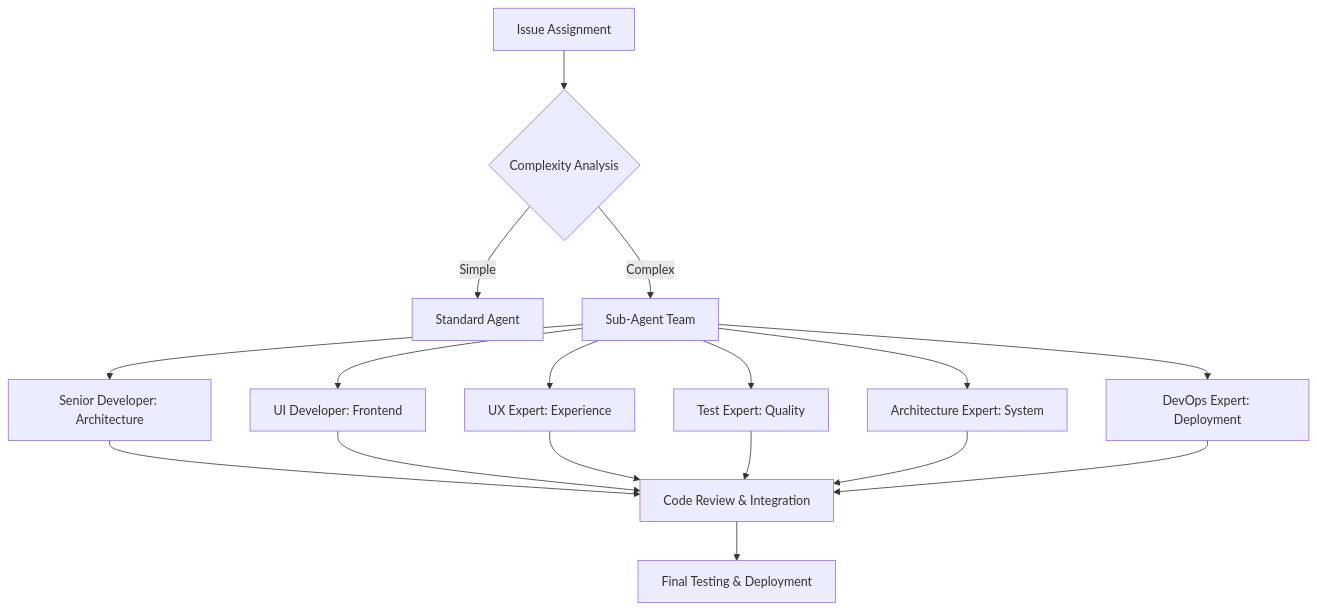
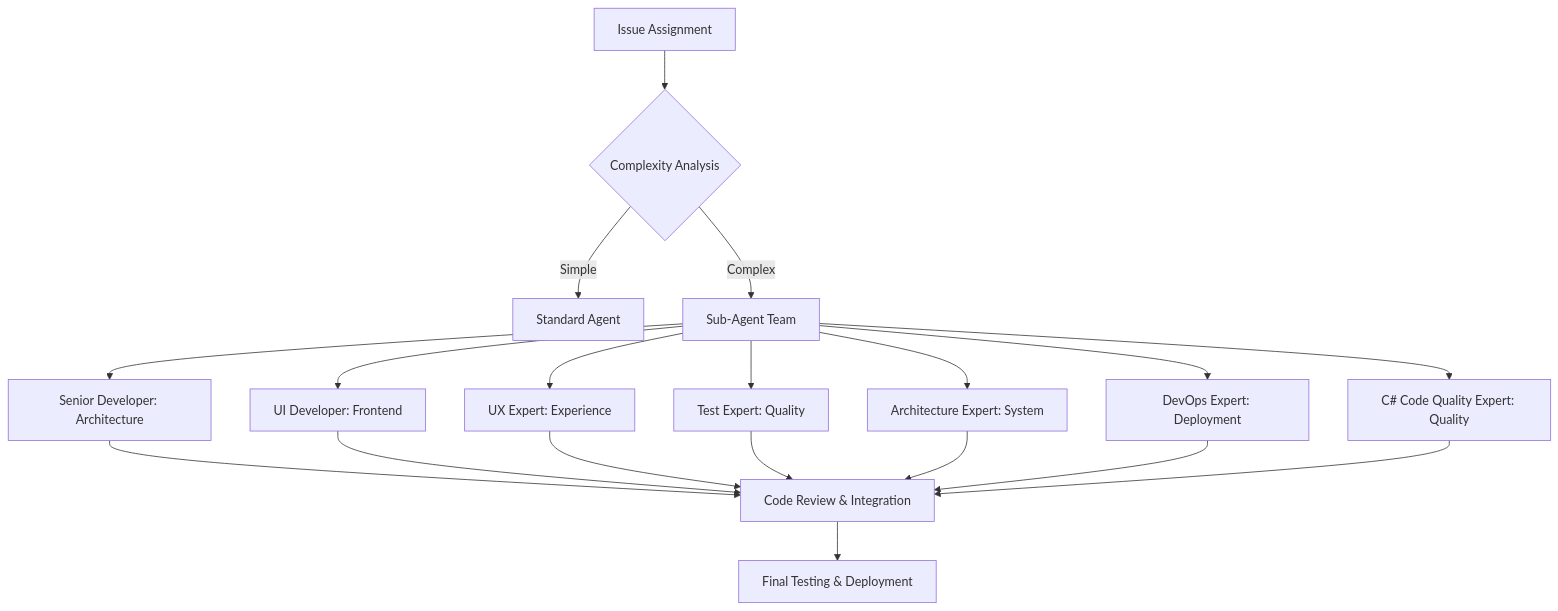
One commit to andrekirst/booking changed the diagram in SUB-AGENTS-ARCHITECTURE.md. Above: the diagram before and after it, drawn with Mermaid. The commit also changed other lines of this file and 4 other files, not shown here.

First line of the commit message:
feat: Add C# Code Quality Expert Sub-Agent (S7) - Issue #84

````diff
--- a/SUB-AGENTS-ARCHITECTURE.md
+++ b/SUB-AGENTS-ARCHITECTURE.md
@@ -171,22 +194,24 @@
 ```mermaid
 graph TD
     A[Issue Assignment] --> B{Complexity Analysis}
     B -->|Simple| C[Standard Agent]
     B -->|Complex| D[Sub-Agent Team]
     
     D --> E[Senior Developer: Architecture]
     D --> F[UI Developer: Frontend]
     D --> G[UX Expert: Experience]
     D --> H[Test Expert: Quality]
     D --> I[Architecture Expert: System]
     D --> J[DevOps Expert: Deployment]
+    D --> K[C# Code Quality Expert: Quality]
     
-    E --> K[Code Review & Integration]
-    F --> K
-    G --> K
-    H --> K
-    I --> K
-    J --> K
+    E --> L[Code Review & Integration]
+    F --> L
+    G --> L
+    H --> L
+    I --> L
+    J --> L
+    K --> L
     
-    K --> L[Final Testing & Deployment]
+    L --> M[Final Testing & Deployment]
 ```
````
